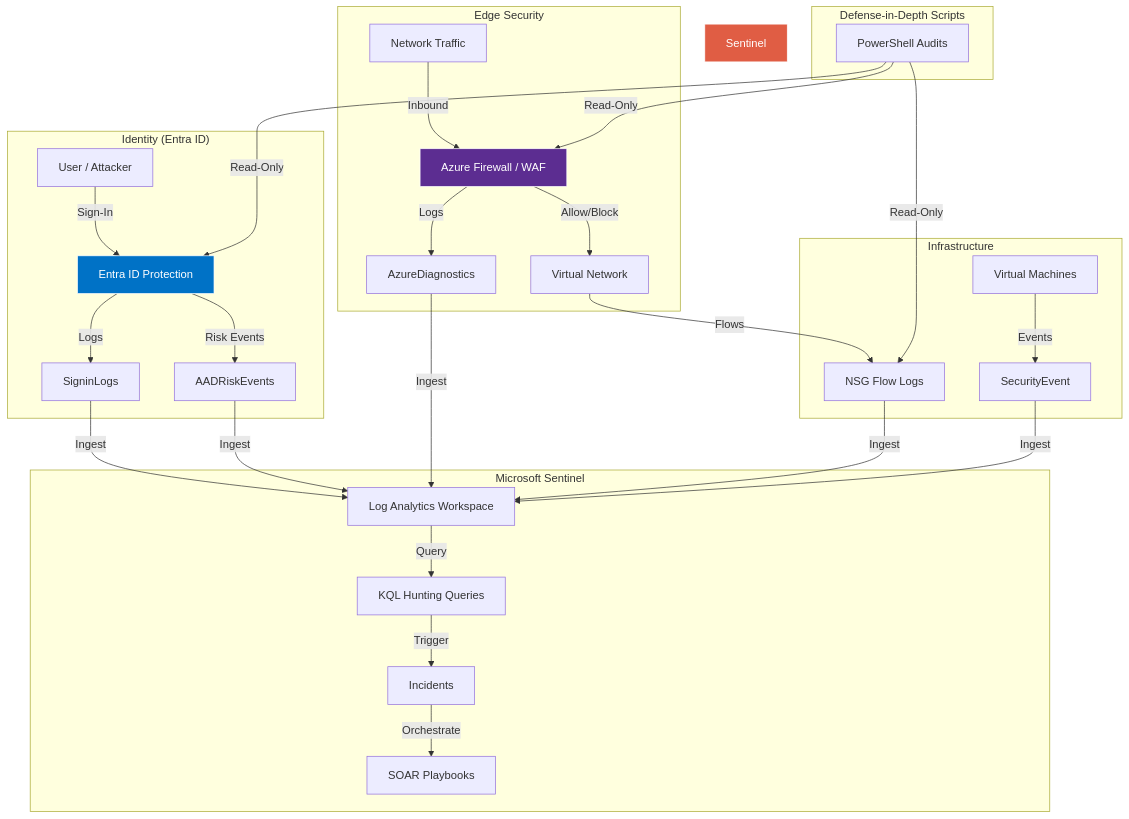
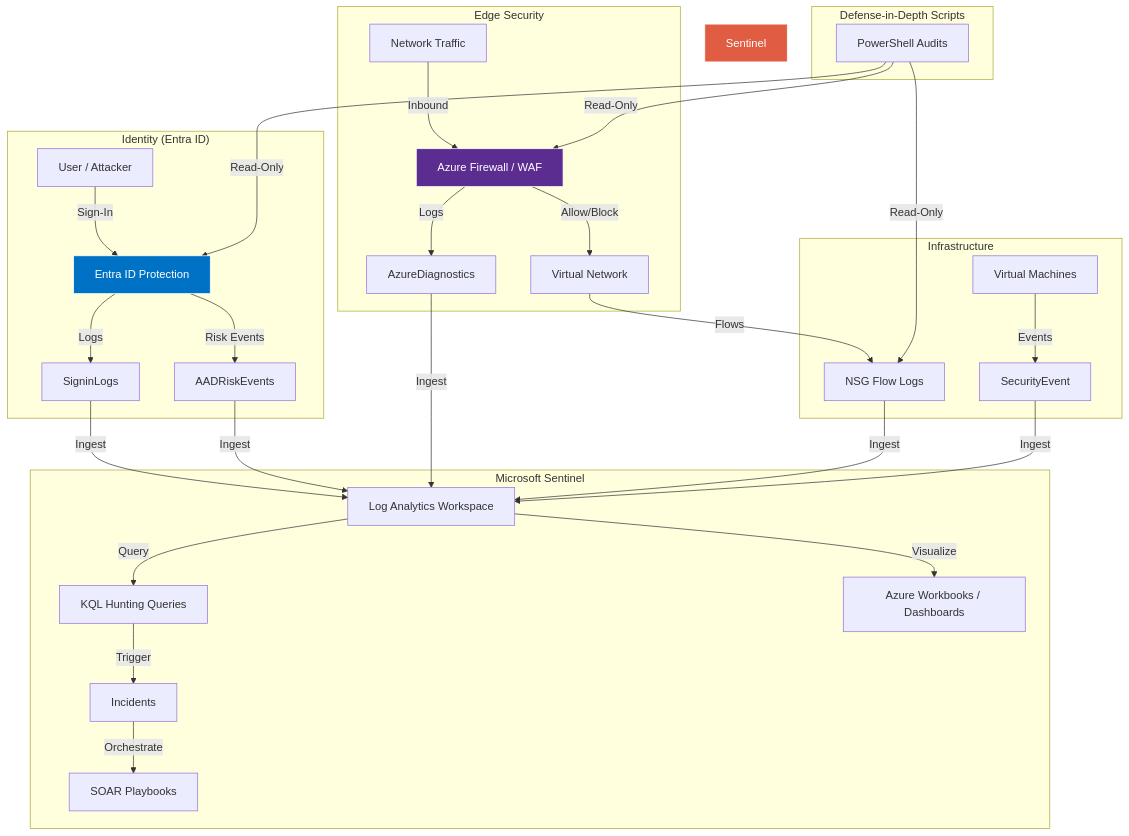
Before and after one commit to pirateape/Azure-Security: the diagram in docs/Architecture/Azure_Defense_Architecture.mermaid, drawn with Mermaid. The commit also changed 3 other files, not shown here.

Commit message:
feat: Add App Service configuration audit script and Azure Sentinel Workbooks with deployment documentation and architecture diagram updates.

```diff
--- a/docs/Architecture/Azure_Defense_Architecture.mermaid
+++ b/docs/Architecture/Azure_Defense_Architecture.mermaid
@@ -1,36 +1,37 @@
 graph TD
     subgraph "Identity (Entra ID)"
         User[User / Attacker] -->|Sign-In| Entra[Entra ID Protection]
         Entra -->|Logs| SigninLogs[SigninLogs]
         Entra -->|Risk Events| RiskEvents[AADRiskEvents]
     end
 
     subgraph "Edge Security"
         Traffic[Network Traffic] -->|Inbound| FW[Azure Firewall / WAF]
         FW -->|Allow/Block| VNET[Virtual Network]
         FW -->|Logs| Diag[AzureDiagnostics]
     end
 
     subgraph "Infrastructure"
         VNET -->|Flows| NSG[NSG Flow Logs]
         VM[Virtual Machines] -->|Events| SecurityEvent[SecurityEvent]
     end
 
     subgraph "Microsoft Sentinel"
         SigninLogs & RiskEvents & Diag & NSG & SecurityEvent -->|Ingest| Tables[Log Analytics Workspace]
         
         Tables -->|Query| Hunting[KQL Hunting Queries]
         Hunting -->|Trigger| Alert[Incidents]
+        Tables -->|Visualize| Workbooks[Azure Workbooks / Dashboards]
         
         Alert -->|Orchestrate| LogicApp[SOAR Playbooks]
     end
 
     subgraph "Defense-in-Depth Scripts"
         Scripts[PowerShell Audits] -->|Read-Only| Entra
         Scripts -->|Read-Only| FW
         Scripts -->|Read-Only| NSG
     end
 
     style Entra fill:#0072C6,stroke:#fff,color:#fff
     style FW fill:#5C2D91,stroke:#fff,color:#fff
     style Sentinel fill:#e05d44,stroke:#fff,color:#fff
```
